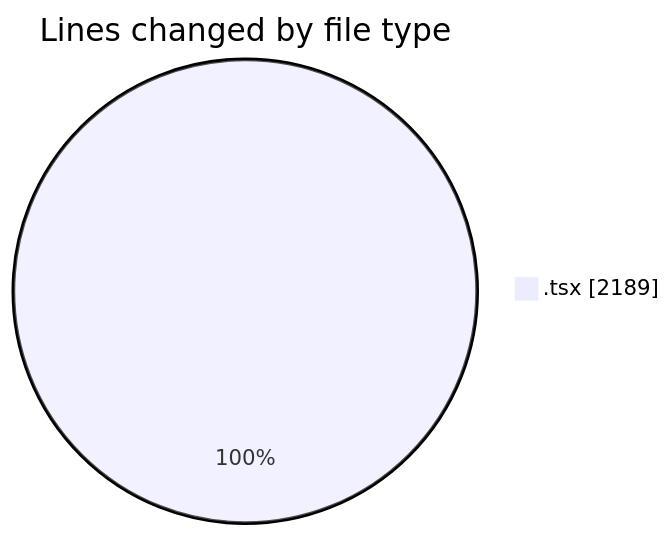
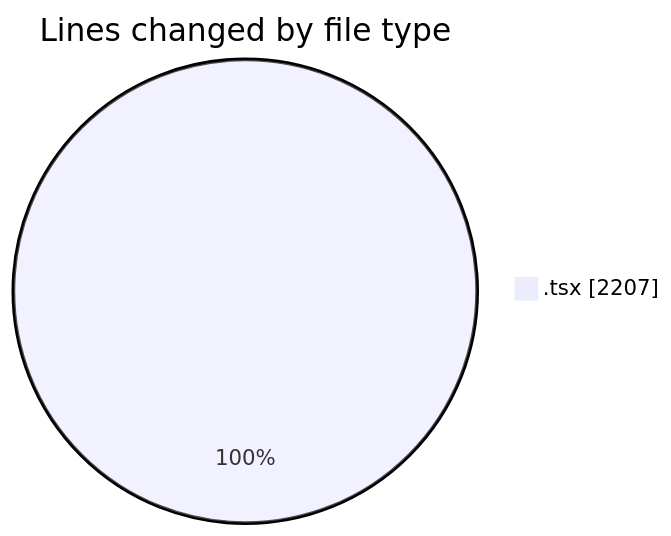
Before and after one commit to momahboobian/code-tracking: the first of 2 diagrams in 2025-06-12/cda/README.md, drawn with Mermaid. The commit also changed other lines of this file and 1 other file, not shown here.

````diff
--- a/2025-06-12/cda/README.md
+++ b/2025-06-12/cda/README.md
@@ -23,5 +23,5 @@
 ```mermaid
 pie showData
 title Lines changed by file type
-".tsx" : 2189
+".tsx" : 2207
 ```
````
